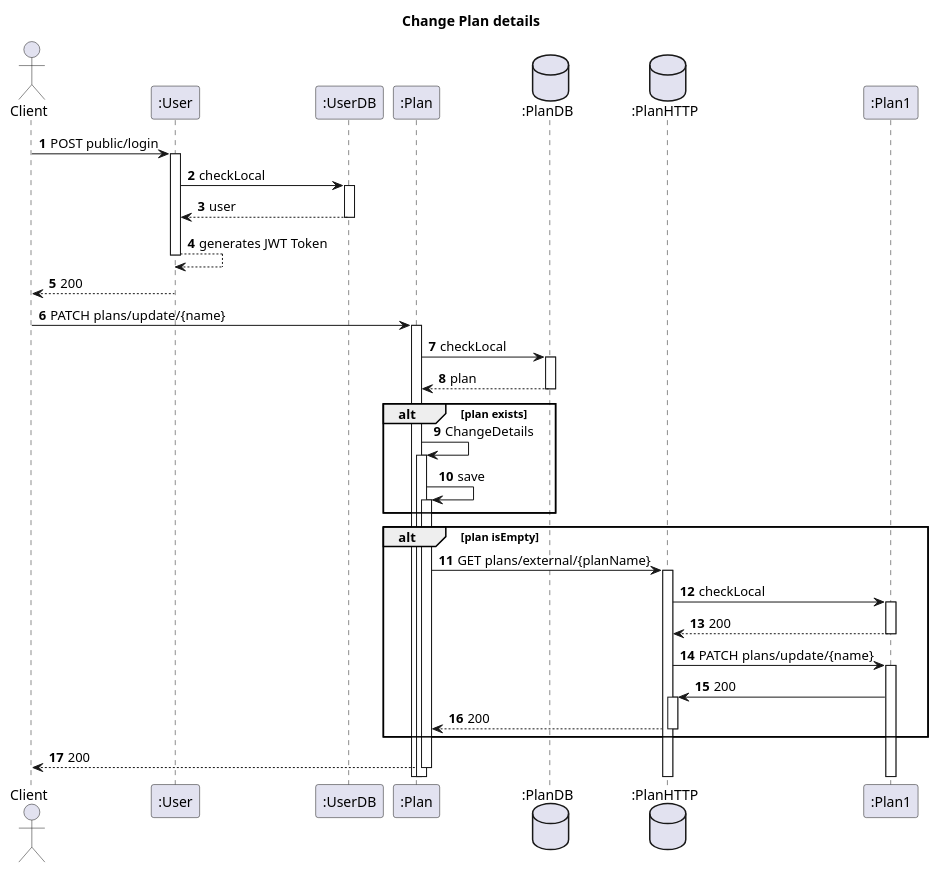
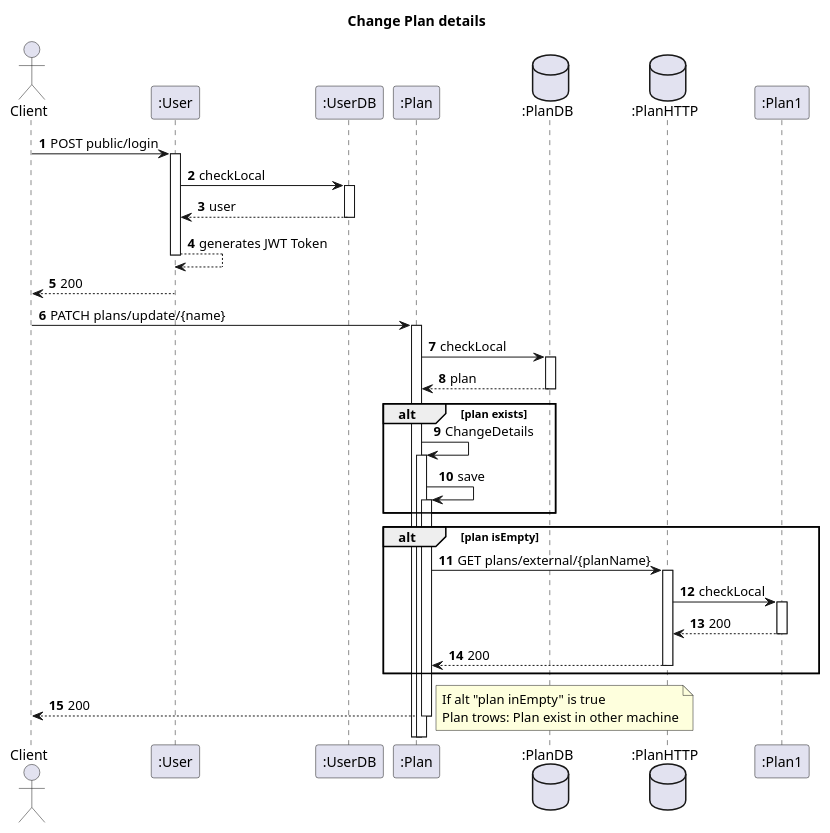
The diagram in docs_sidis/Plans/Vista_Logica/N3/UserPlanInteractionUpdate.puml (IsepMartimOliveira/SIDIS), drawn with PlantUML before and after one commit. The commit also changed 52 other files, not shown here.

```diff
--- a/docs_sidis/Plans/Vista_Logica/N3/UserPlanInteractionUpdate.puml
+++ b/docs_sidis/Plans/Vista_Logica/N3/UserPlanInteractionUpdate.puml
@@ -1,47 +1,49 @@
 @startuml
 'https://plantuml.com/sequence-diagram
 autoactivate on
 autonumber
 title  Change Plan details
 
 autonumber
 
 actor "Client" as Ac
 participant ":User" as User
 participant ":UserDB" as Udb
 
 participant ":Plan" as Plan
 database ":PlanDB" as PDB
 database ":PlanHTTP" as PHTTP
 participant ":Plan1" as Plan1
 
 
 
 Ac->User: POST public/login
 User->Udb:checkLocal
 Udb-->User:user
 User-->User:generates JWT Token
 User-->Ac:200
 Ac->Plan:PATCH plans/update/{name}
 Plan->PDB:checkLocal
 PDB-->Plan:plan
 alt plan exists
 Plan->Plan:ChangeDetails
 Plan->Plan:save
 
 end
 
 alt plan isEmpty
 Plan->PHTTP:GET plans/external/{planName}
 PHTTP->Plan1:checkLocal
 Plan1-->PHTTP:200
-PHTTP->Plan1:PATCH plans/update/{name}
-Plan1->PHTTP:200
 PHTTP-->Plan:200
 end
+
 Plan-->Ac:200
 
-
+note right
+If alt "plan inEmpty" is true
+Plan trows: Plan exist in other machine
+end note
 
 
 @enduml
```
